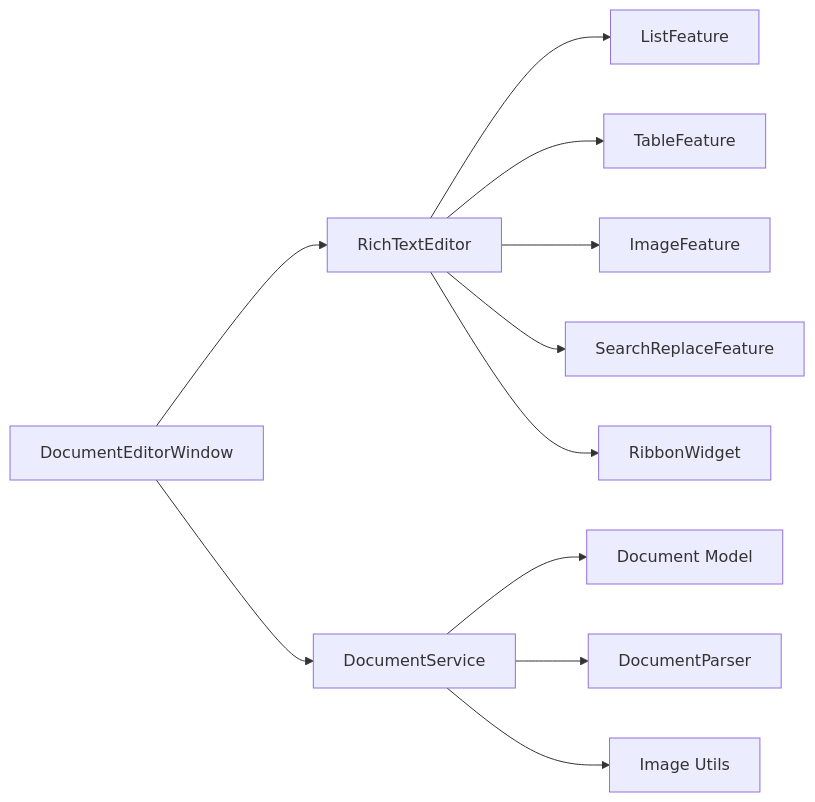
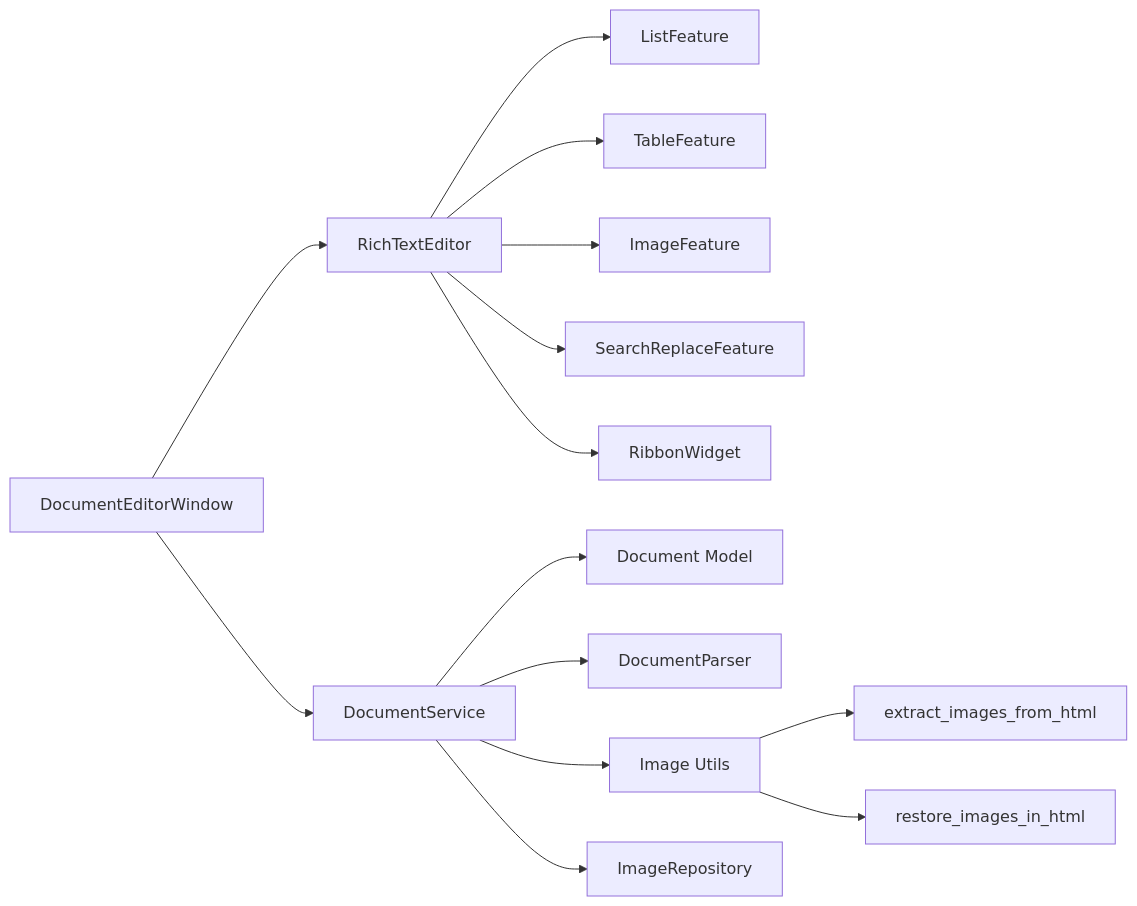
The tenth of 10 diagrams in .qoder/repowiki/en/content/Architecture Overview/Pillar-Based Architecture/Document Manager Pillar/Document Manager Rich Text Editor Enhancements.md (TheDaniel166/IsopGem), drawn with Mermaid before and after one commit. The commit also changed other lines of this file and 36 other files, not shown here.

````diff
--- a/.qoder/repowiki/en/content/Architecture Overview/Pillar-Based Architecture/Document Manager Pillar/Document Manager Rich Text Editor Enhancements.md
+++ b/.qoder/repowiki/en/content/Architecture Overview/Pillar-Based Architecture/Document Manager Pillar/Document Manager Rich Text Editor Enhancements.md
@@ -370,13 +415,16 @@
 ```mermaid
 graph LR
 RTE["RichTextEditor"] --> LF["ListFeature"]
 RTE --> TF["TableFeature"]
 RTE --> IF["ImageFeature"]
 RTE --> SF["SearchReplaceFeature"]
 RTE --> RW["RibbonWidget"]
 Win["DocumentEditorWindow"] --> RTE
 Win --> DS["DocumentService"]
 DS --> DM["Document Model"]
 DS --> PU["DocumentParser"]
 DS --> IU["Image Utils"]
+DS --> IR["ImageRepository"]
+IU --> ER["extract_images_from_html"]
+IU --> RR["restore_images_in_html"]
 ```
````
